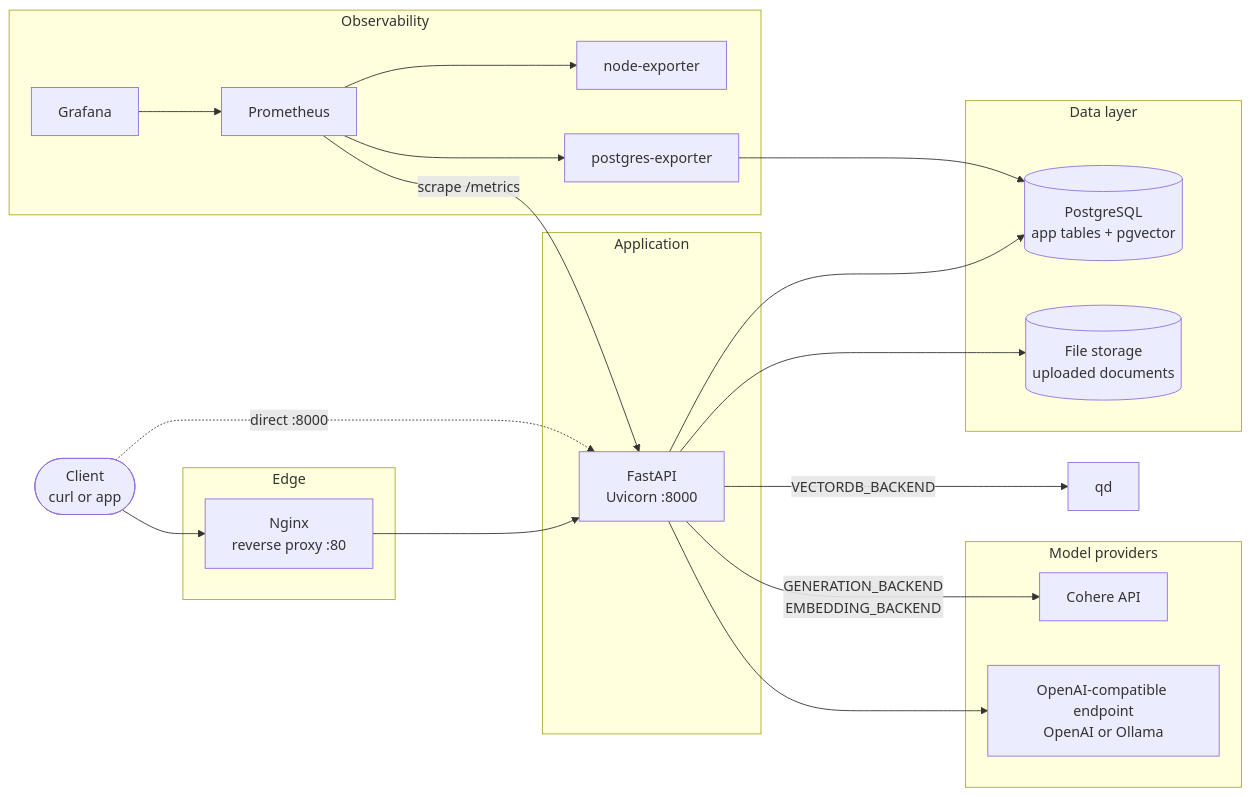
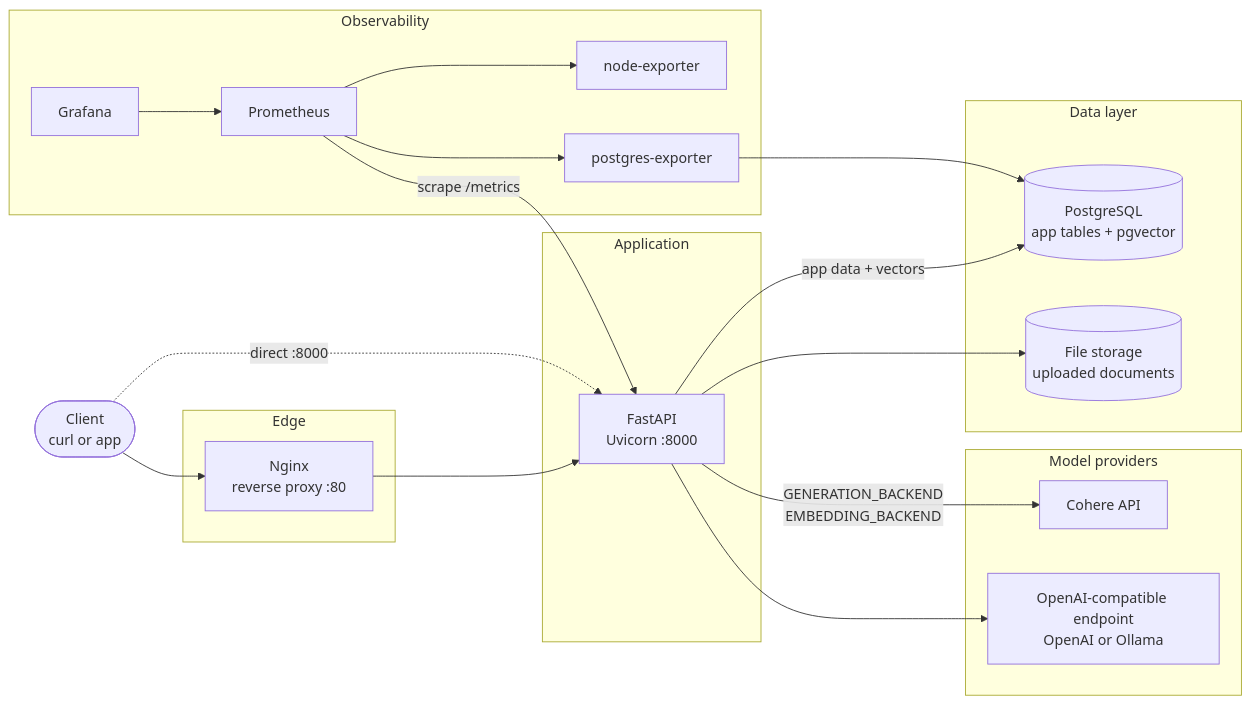
The first of 6 diagrams in README.md (ElsebaiyMohamed/MiniRag_26), drawn with Mermaid before and after one commit. The commit also changed other lines of this file and 10 other files, not shown here.

````diff
--- a/README.md
+++ b/README.md
@@ -43,42 +45,41 @@
 ```mermaid
 flowchart LR
     client(["Client<br/>curl or app"])
 
     subgraph edge["Edge"]
         nginx["Nginx<br/>reverse proxy :80"]
     end
 
     subgraph app["Application"]
         api["FastAPI<br/>Uvicorn :8000"]
     end
 
     subgraph data["Data layer"]
         pg[("PostgreSQL<br/>app tables + pgvector")]
         files[("File storage<br/>uploaded documents")]
     end
 
     subgraph ai["Model providers"]
         cohere["Cohere API"]
         oai["OpenAI-compatible endpoint<br/>OpenAI or Ollama"]
     end
 
     subgraph obs["Observability"]
         prom["Prometheus"]
         graf["Grafana"]
         nodex["node-exporter"]
         pgx["postgres-exporter"]
     end
 
     client --> nginx --> api
     client -. "direct :8000" .-> api
-    api --> pg
-    api -->|"VECTORDB_BACKEND"| qd
+    api -->|"app data + vectors"| pg
     api --> files
     api -->|"GENERATION_BACKEND<br/>EMBEDDING_BACKEND"| cohere
     api --> oai
     prom -->|"scrape /metrics"| api
     prom --> nodex
     prom --> pgx
     pgx --> pg
     graf --> prom
 ```
````
